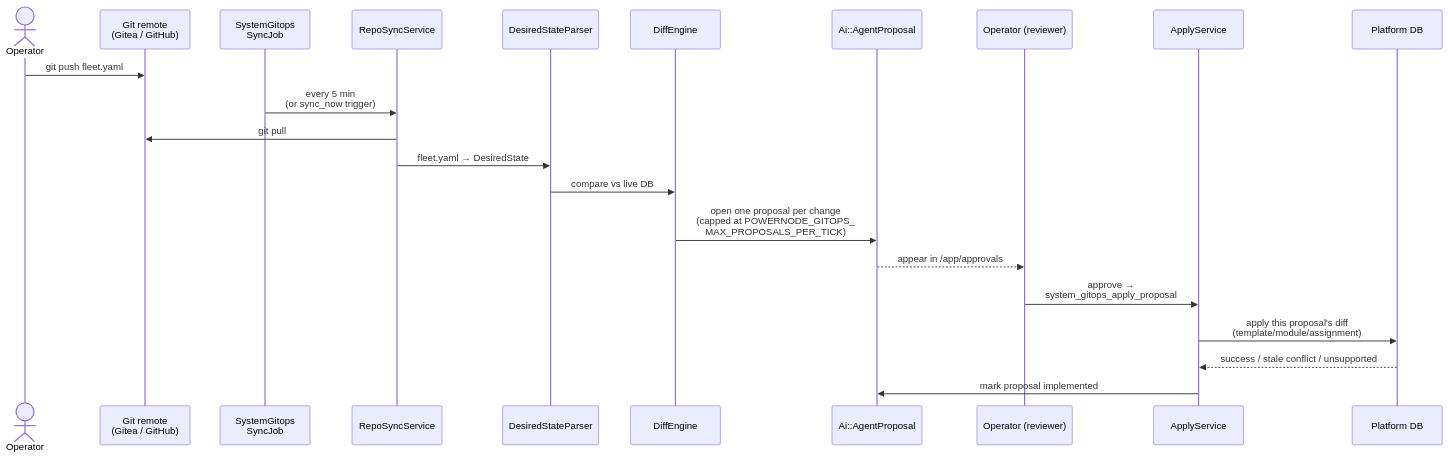
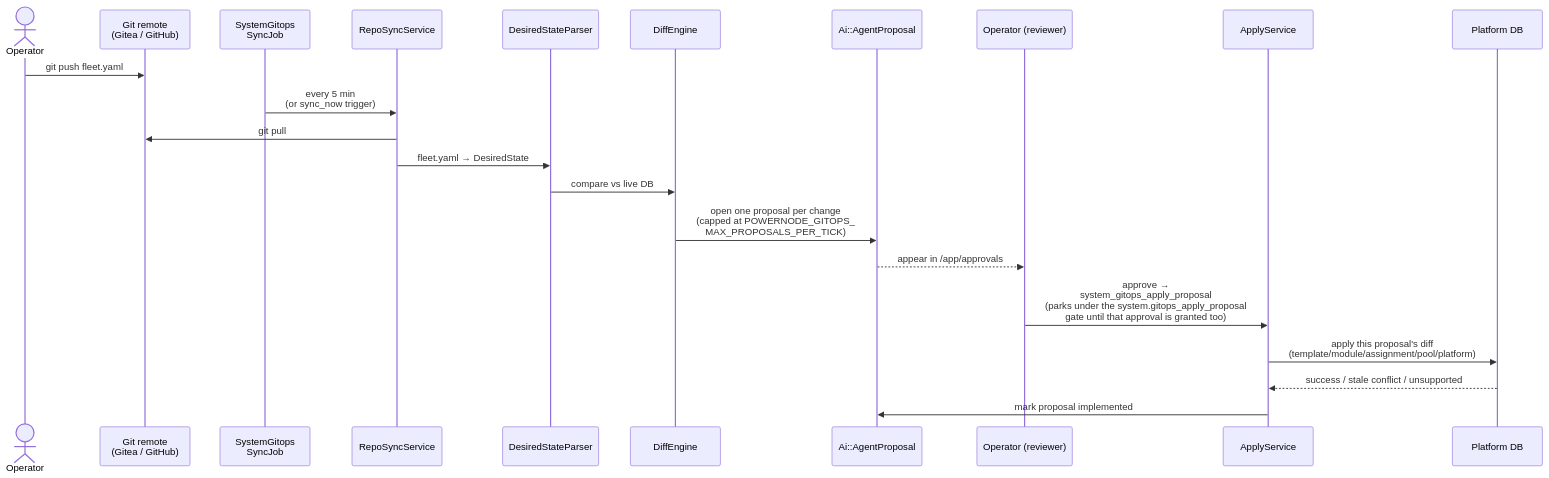
One commit to nodealchemy/powernode-system changed the first of 2 diagrams in docs/runbooks/gitops-reconciliation.md. Above: the diagram before and after it, drawn with Mermaid. The commit also changed other lines of this file and 5 other files, not shown here.

````diff
--- a/docs/runbooks/gitops-reconciliation.md
+++ b/docs/runbooks/gitops-reconciliation.md
@@ -35,25 +39,25 @@
 ```mermaid
 sequenceDiagram
     actor Op as Operator
     participant Git as Git remote<br/>(Gitea / GitHub)
     participant Cron as SystemGitops<br/>SyncJob
     participant Sync as RepoSyncService
     participant Parse as DesiredStateParser
     participant Diff as DiffEngine
     participant Prop as Ai::AgentProposal
     participant Op2 as Operator (reviewer)
     participant Apply as ApplyService
     participant DB as Platform DB
 
     Op->>Git: git push fleet.yaml
     Cron->>Sync: every 5 min<br/>(or sync_now trigger)
     Sync->>Git: git pull
     Sync->>Parse: fleet.yaml → DesiredState
     Parse->>Diff: compare vs live DB
     Diff->>Prop: open one proposal per change<br/>(capped at POWERNODE_GITOPS_<br/>MAX_PROPOSALS_PER_TICK)
     Prop-->>Op2: appear in /app/approvals
-    Op2->>Apply: approve →<br/>system_gitops_apply_proposal
-    Apply->>DB: apply this proposal's diff<br/>(template/module/assignment)
+    Op2->>Apply: approve →<br/>system_gitops_apply_proposal<br/>(parks under the system.gitops_apply_proposal<br/>gate until that approval is granted too)
+    Apply->>DB: apply this proposal's diff<br/>(template/module/assignment/pool/platform)
     DB-->>Apply: success / stale conflict / unsupported
     Apply->>Prop: mark proposal implemented
 ```
````
